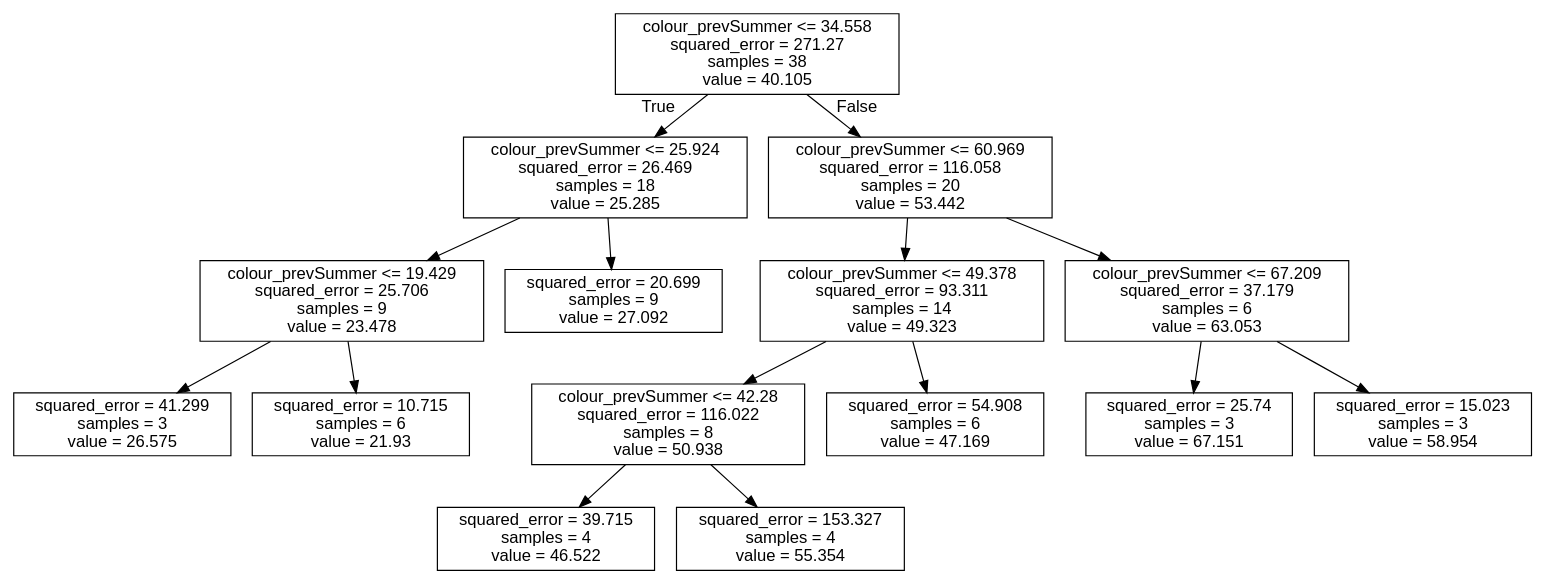
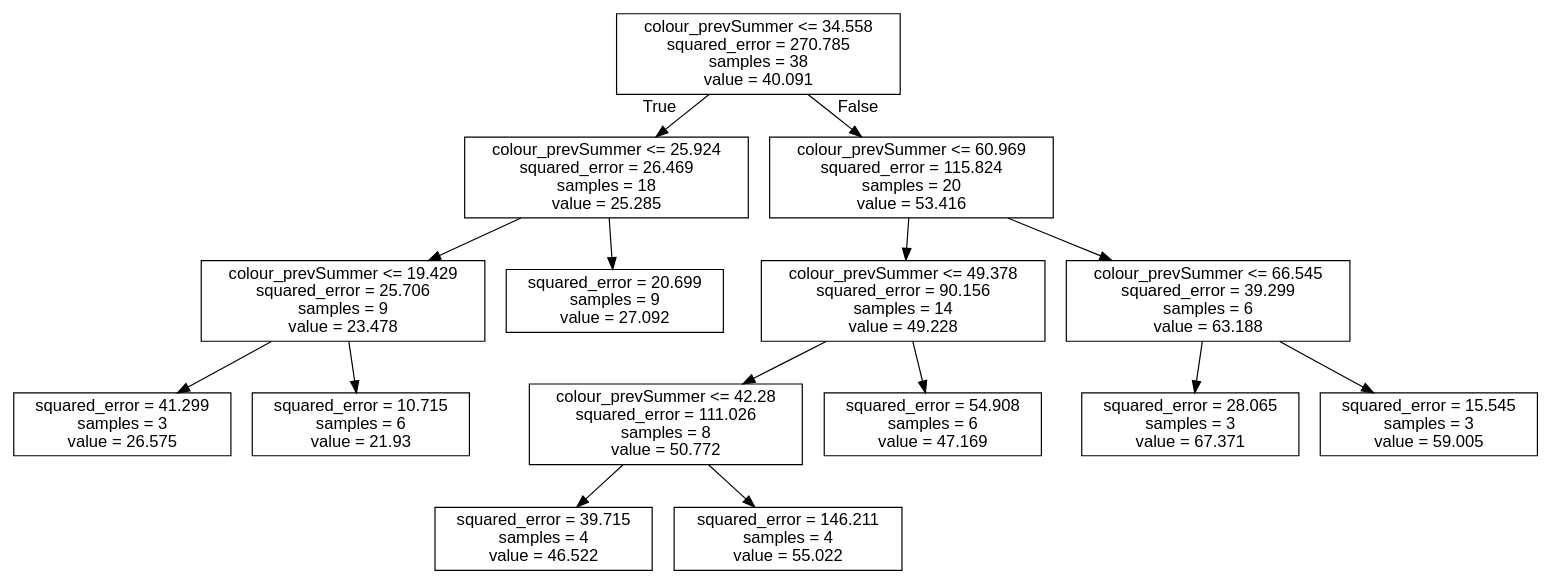
The diagram in Figures/Discretization_regTrees/DotFiles/6Mseasons_colour-colour_prevSummer.dot (LeahJB/gbn-vansjo), drawn with Graphviz before and after one commit. The commit also changed 97 other files, not shown here.

```diff
--- a/Figures/Discretization_regTrees/DotFiles/6Mseasons_colour-colour_prevSummer.dot
+++ b/Figures/Discretization_regTrees/DotFiles/6Mseasons_colour-colour_prevSummer.dot
@@ -1,33 +1,33 @@
 digraph Tree {
 node [shape=box, fontname="helvetica"] ;
 edge [fontname="helvetica"] ;
-0 [label="colour_prevSummer <= 34.558\nsquared_error = 271.27\nsamples = 38\nvalue = 40.105"] ;
+0 [label="colour_prevSummer <= 34.558\nsquared_error = 270.785\nsamples = 38\nvalue = 40.091"] ;
 1 [label="colour_prevSummer <= 25.924\nsquared_error = 26.469\nsamples = 18\nvalue = 25.285"] ;
 0 -> 1 [labeldistance=2.5, labelangle=45, headlabel="True"] ;
 7 [label="colour_prevSummer <= 19.429\nsquared_error = 25.706\nsamples = 9\nvalue = 23.478"] ;
 1 -> 7 ;
 13 [label="squared_error = 41.299\nsamples = 3\nvalue = 26.575"] ;
 7 -> 13 ;
 14 [label="squared_error = 10.715\nsamples = 6\nvalue = 21.93"] ;
 7 -> 14 ;
 8 [label="squared_error = 20.699\nsamples = 9\nvalue = 27.092"] ;
 1 -> 8 ;
-2 [label="colour_prevSummer <= 60.969\nsquared_error = 116.058\nsamples = 20\nvalue = 53.442"] ;
+2 [label="colour_prevSummer <= 60.969\nsquared_error = 115.824\nsamples = 20\nvalue = 53.416"] ;
 0 -> 2 [labeldistance=2.5, labelangle=-45, headlabel="False"] ;
-3 [label="colour_prevSummer <= 49.378\nsquared_error = 93.311\nsamples = 14\nvalue = 49.323"] ;
+3 [label="colour_prevSummer <= 49.378\nsquared_error = 90.156\nsamples = 14\nvalue = 49.228"] ;
 2 -> 3 ;
-9 [label="colour_prevSummer <= 42.28\nsquared_error = 116.022\nsamples = 8\nvalue = 50.938"] ;
+9 [label="colour_prevSummer <= 42.28\nsquared_error = 111.026\nsamples = 8\nvalue = 50.772"] ;
 3 -> 9 ;
 11 [label="squared_error = 39.715\nsamples = 4\nvalue = 46.522"] ;
 9 -> 11 ;
-12 [label="squared_error = 153.327\nsamples = 4\nvalue = 55.354"] ;
+12 [label="squared_error = 146.211\nsamples = 4\nvalue = 55.022"] ;
 9 -> 12 ;
 10 [label="squared_error = 54.908\nsamples = 6\nvalue = 47.169"] ;
 3 -> 10 ;
-4 [label="colour_prevSummer <= 67.209\nsquared_error = 37.179\nsamples = 6\nvalue = 63.053"] ;
+4 [label="colour_prevSummer <= 66.545\nsquared_error = 39.299\nsamples = 6\nvalue = 63.188"] ;
 2 -> 4 ;
-5 [label="squared_error = 25.74\nsamples = 3\nvalue = 67.151"] ;
+5 [label="squared_error = 28.065\nsamples = 3\nvalue = 67.371"] ;
 4 -> 5 ;
-6 [label="squared_error = 15.023\nsamples = 3\nvalue = 58.954"] ;
+6 [label="squared_error = 15.545\nsamples = 3\nvalue = 59.005"] ;
 4 -> 6 ;
 }
```
